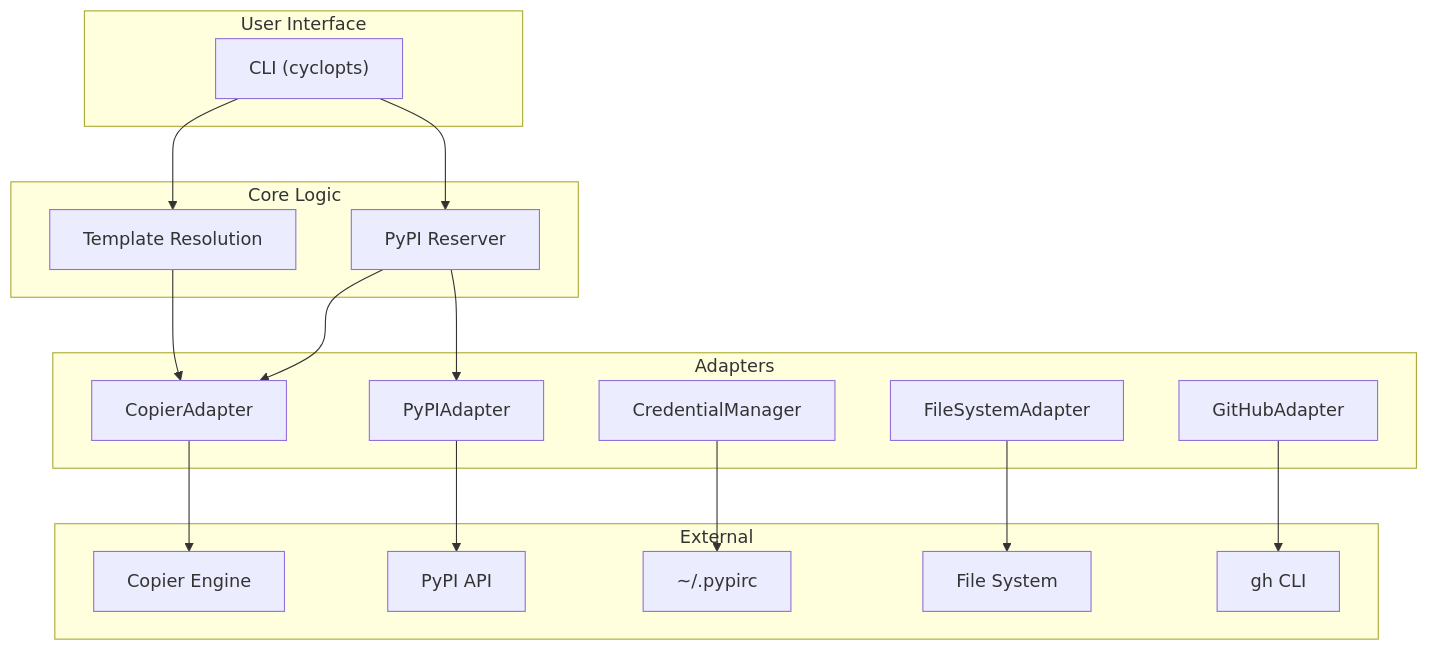
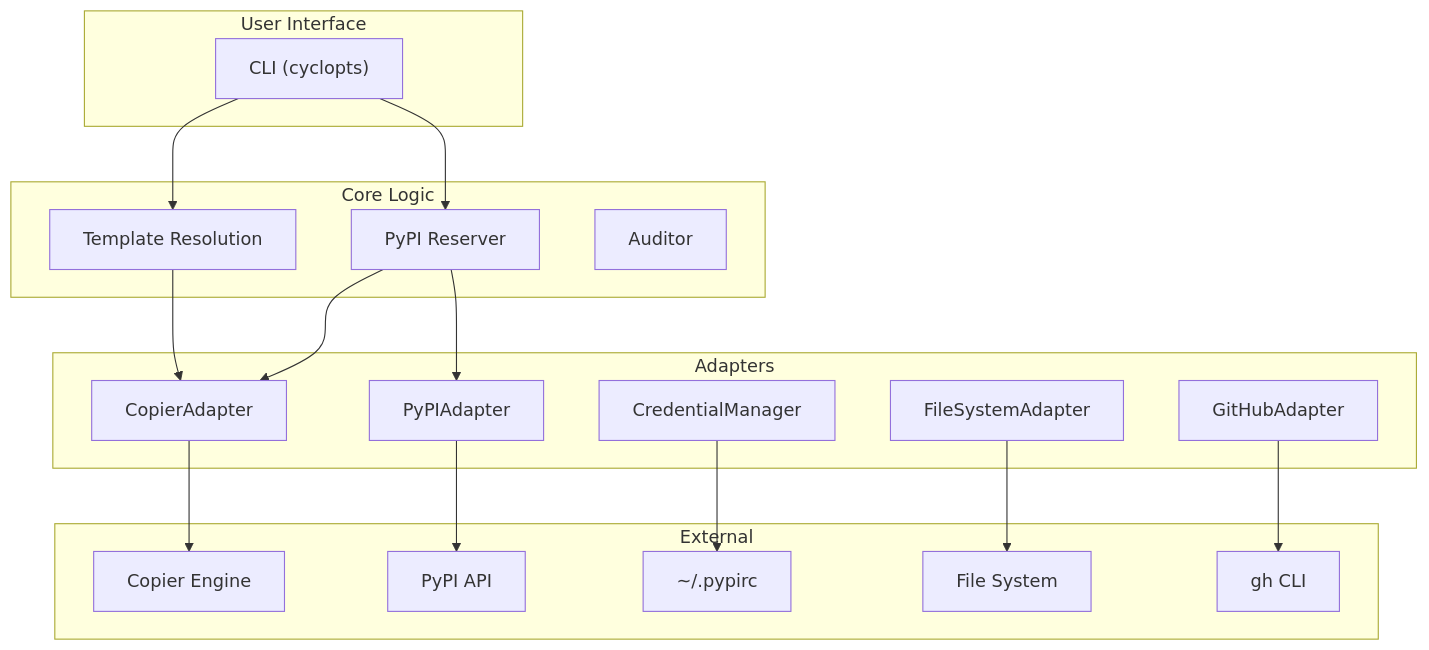
The diagram in docs/explanation/architecture.md (axm-protocols/axm-init), drawn with Mermaid before and after one commit. The commit also changed 7 other files, not shown here.

````diff
--- a/docs/explanation/architecture.md
+++ b/docs/explanation/architecture.md
@@ -7,38 +7,39 @@
 ```mermaid
 graph TD
     subgraph "User Interface"
         CLI["CLI (cyclopts)"]
     end
 
     subgraph "Core Logic"
         Templates["Template Resolution"]
         Reserver["PyPI Reserver"]
+        Auditor["Auditor"]
     end
 
     subgraph "Adapters"
         Copier["CopierAdapter"]
         PyPI["PyPIAdapter"]
         Creds["CredentialManager"]
         FS["FileSystemAdapter"]
         GH["GitHubAdapter"]
     end
 
     subgraph "External"
         CopierEngine["Copier Engine"]
         PyPIAPI["PyPI API"]
         PyPIRC["~/.pypirc"]
         Disk["File System"]
         GHCLI["gh CLI"]
     end
 
     CLI --> Templates
     CLI --> Reserver
     Reserver --> PyPI
     Reserver --> Copier
     Templates --> Copier
     Copier --> CopierEngine
     PyPI --> PyPIAPI
     Creds --> PyPIRC
     FS --> Disk
     GH --> GHCLI
 ```
````
